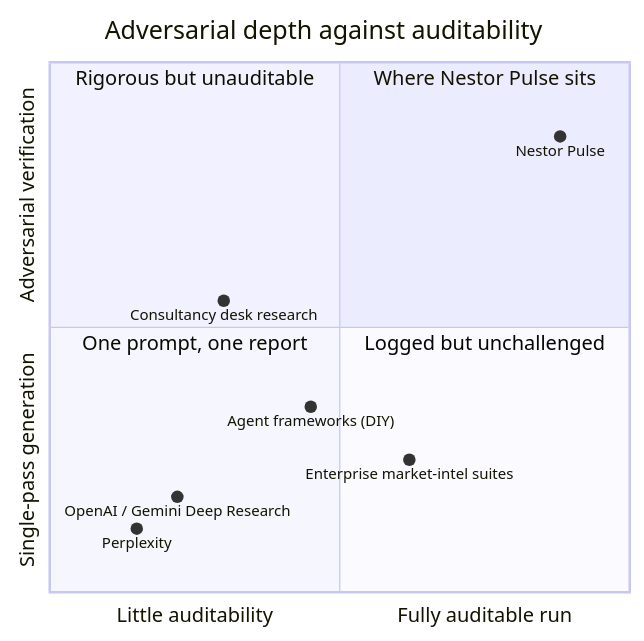
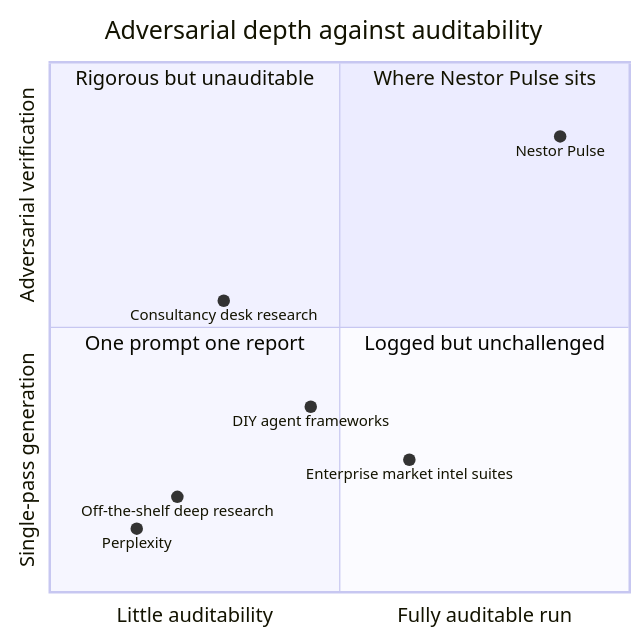
Before and after one commit to Mohamed-Ajimi/nestor-intake-gcp: the diagram in docs/handbook/18-market-positioning.md, drawn with Mermaid.

Commit message:
docs(quick-260903-fbt): use version-safe quadrantChart syntax in ch18
Quoted axis/quadrant/point labels and punctuation in point names are
version-sensitive in Mermaid's quadrantChart. Switched to the unquoted classic
form and removed slashes and parentheses from point names so the diagram
renders on GitHub's Mermaid rather than failing silently.

Claude-Session: https://claude.ai/code/session_01Bo5vqqiPx6yS6KM6S8bht2

````diff
--- a/docs/handbook/18-market-positioning.md
+++ b/docs/handbook/18-market-positioning.md
@@ -32,16 +32,16 @@
 ```mermaid
 quadrantChart
   title Adversarial depth against auditability
-  x-axis "Little auditability" --> "Fully auditable run"
-  y-axis "Single-pass generation" --> "Adversarial verification"
-  quadrant-1 "Where Nestor Pulse sits"
-  quadrant-2 "Rigorous but unauditable"
-  quadrant-3 "One prompt, one report"
-  quadrant-4 "Logged but unchallenged"
-  "OpenAI / Gemini Deep Research": [0.22, 0.18]
-  "Perplexity": [0.15, 0.12]
-  "Consultancy desk research": [0.30, 0.55]
-  "Agent frameworks (DIY)": [0.45, 0.35]
-  "Enterprise market-intel suites": [0.62, 0.25]
-  "Nestor Pulse": [0.88, 0.86]
+  x-axis Little auditability --> Fully auditable run
+  y-axis Single-pass generation --> Adversarial verification
+  quadrant-1 Where Nestor Pulse sits
+  quadrant-2 Rigorous but unauditable
+  quadrant-3 One prompt one report
+  quadrant-4 Logged but unchallenged
+  Off-the-shelf deep research: [0.22, 0.18]
+  Perplexity: [0.15, 0.12]
+  Consultancy desk research: [0.30, 0.55]
+  DIY agent frameworks: [0.45, 0.35]
+  Enterprise market intel suites: [0.62, 0.25]
+  Nestor Pulse: [0.88, 0.86]
 ```
````
